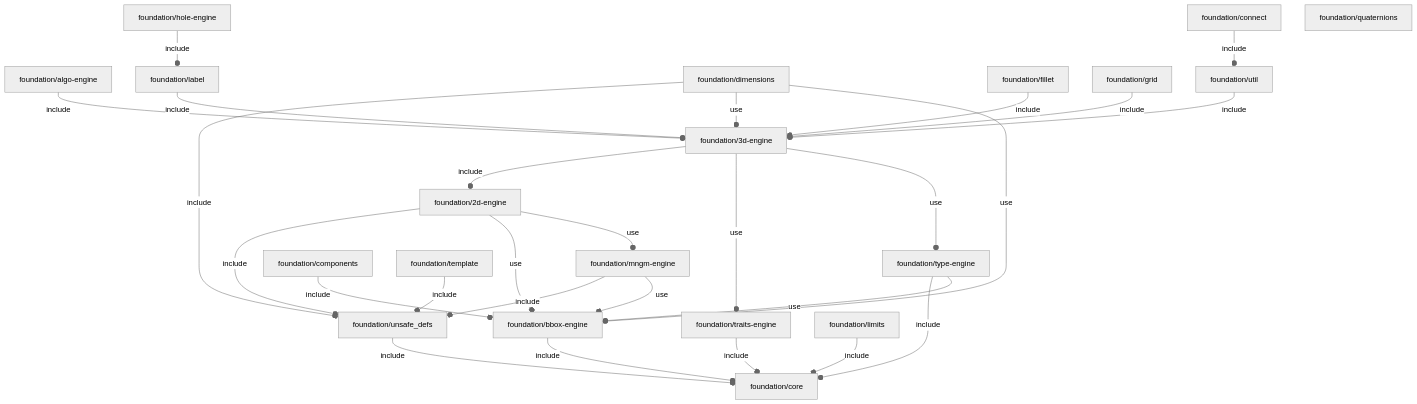
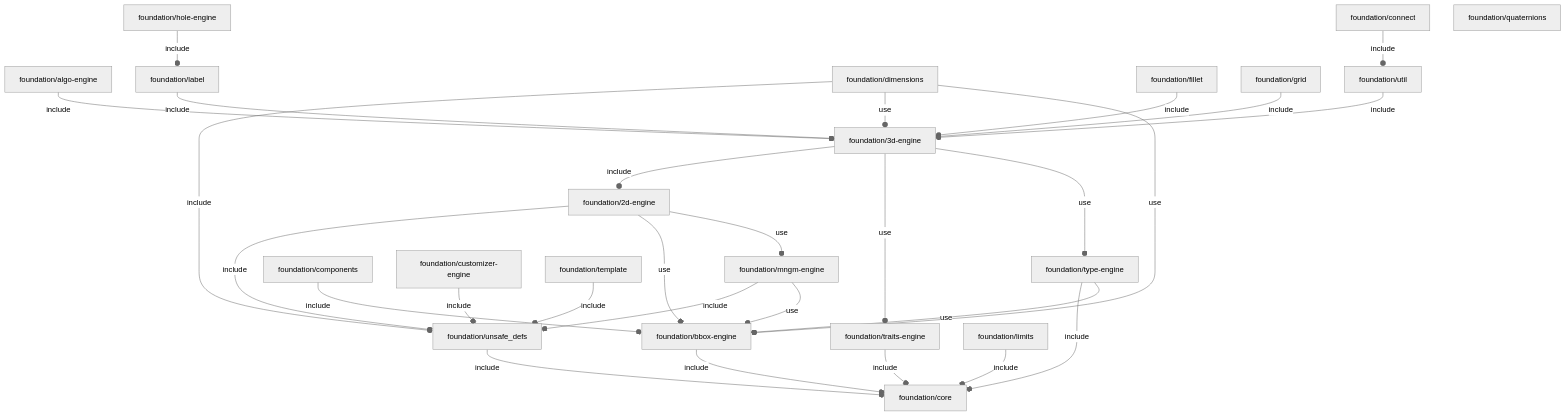
The diagram in orthodocs/foundation/deps.md (ggabbiani/OFL), drawn with Mermaid (neutral theme) before and after one commit. The commit also changed 28 other files, not shown here.

````diff
--- a/orthodocs/foundation/deps.md
+++ b/orthodocs/foundation/deps.md
@@ -3,31 +3,32 @@
 ```mermaid
 graph TD
     A1[foundation/2d-engine] --o|include| A2[foundation/unsafe_defs]
     A1 --o|use| A3[foundation/bbox-engine]
     A1 --o|use| A4[foundation/mngm-engine]
     A5[foundation/3d-engine] --o|include| A1
     A5 --o|use| A6[foundation/traits-engine]
     A5 --o|use| A7[foundation/type-engine]
     A8[foundation/algo-engine] --o|include| A5
     A3 --o|include| A9[foundation/core]
     A10[foundation/components] --o|include| A3
     A11[foundation/connect] --o|include| A12[foundation/util]
     A9
-    A13[foundation/dimensions] --o|include| A2
-    A13 --o|use| A5
-    A13 --o|use| A3
-    A14[foundation/fillet] --o|include| A5
-    A15[foundation/grid] --o|include| A5
-    A16[foundation/hole-engine] --o|include| A17[foundation/label]
-    A17 --o|include| A5
-    A18[foundation/limits] --o|include| A9
+    A13[foundation/customizer-engine] --o|include| A2
+    A14[foundation/dimensions] --o|include| A2
+    A14 --o|use| A5
+    A14 --o|use| A3
+    A15[foundation/fillet] --o|include| A5
+    A16[foundation/grid] --o|include| A5
+    A17[foundation/hole-engine] --o|include| A18[foundation/label]
+    A18 --o|include| A5
+    A19[foundation/limits] --o|include| A9
     A4 --o|include| A2
     A4 --o|use| A3
-    A19[foundation/quaternions]
-    A20[foundation/template] --o|include| A2
+    A20[foundation/quaternions]
+    A21[foundation/template] --o|include| A2
     A6 --o|include| A9
     A7 --o|include| A9
     A7 --o|use| A3
     A2 --o|include| A9
     A12 --o|include| A5
 ```
````
